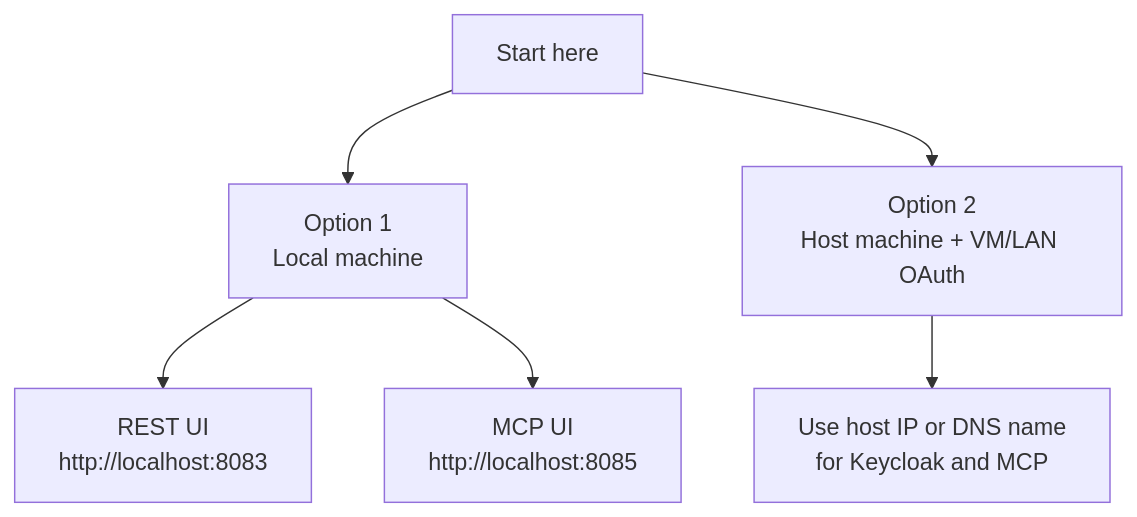
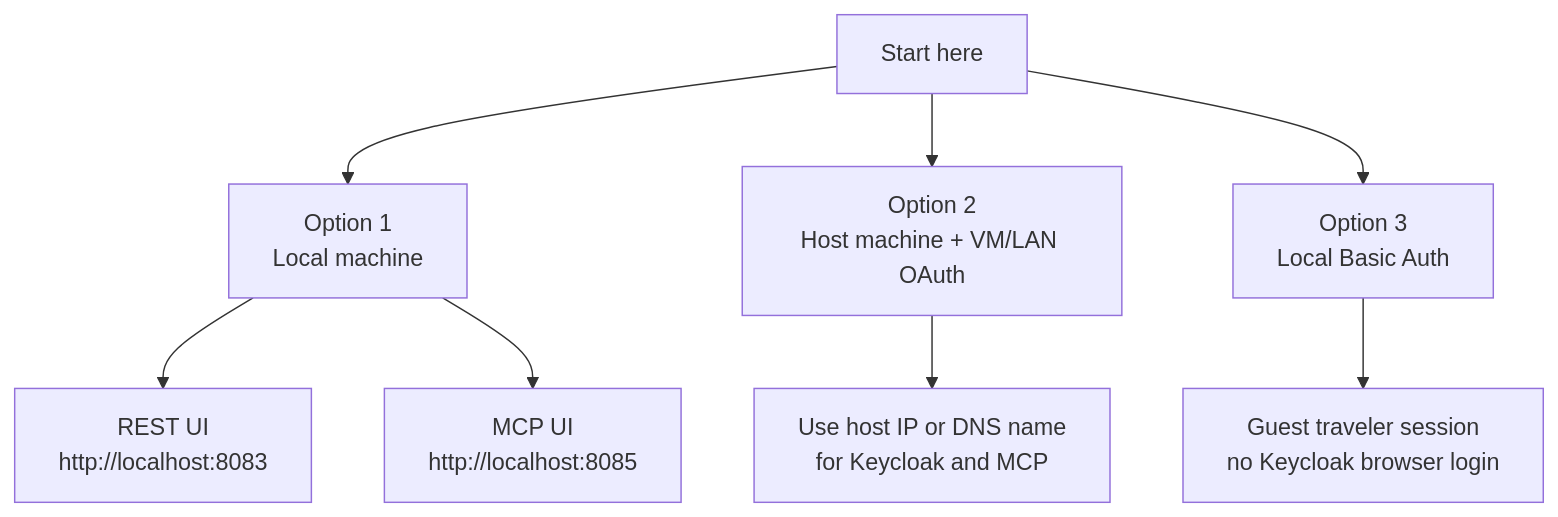
The diagram in QUICKSTART.md (thomassuedbroecker/galaxium-travels-infrastructure-tsuedbro), drawn with Mermaid before and after one commit. The commit also changed other lines of this file and 10 other files, not shown here.

````diff
--- a/QUICKSTART.md
+++ b/QUICKSTART.md
@@ -13,8 +13,10 @@
 ```mermaid
 flowchart TD
     Start["Start here"] --> Local["Option 1<br/>Local machine"]
     Start --> Lan["Option 2<br/>Host machine + VM/LAN OAuth"]
+    Start --> Basic["Option 3<br/>Local Basic Auth"]
     Local --> Rest["REST UI<br/>http://localhost:8083"]
     Local --> Mcp["MCP UI<br/>http://localhost:8085"]
     Lan --> Public["Use host IP or DNS name<br/>for Keycloak and MCP"]
+    Basic --> Guest["Guest traveler session<br/>no Keycloak browser login"]
 ```
````
